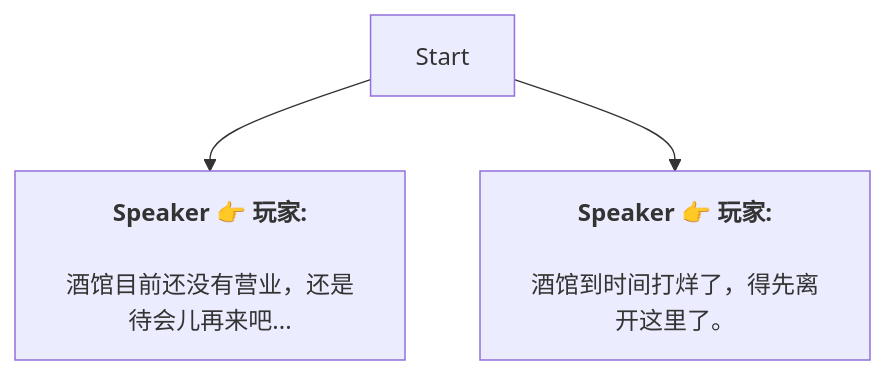
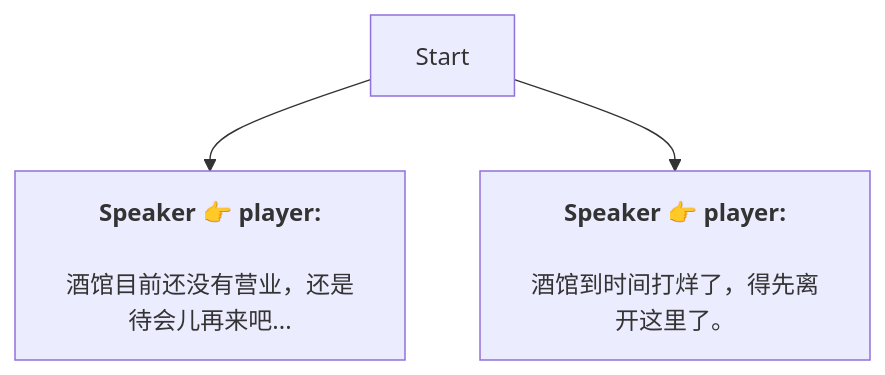
One commit to SoftHu/tos_avg changed the diagram in Zh/Bar.md. Above: the diagram before and after it, drawn with Mermaid. The commit also changed 737 other files, not shown here.

````diff
--- a/Zh/Bar.md
+++ b/Zh/Bar.md
@@ -1,10 +1,8 @@
 ```mermaid
 graph
-Start -->1760023005773387[<b>Speaker 👉 玩家:</b>
+Start -->1760023005773387[<b>Speaker 👉 player:</b>
+\n酒馆目前还没有营业，还是待会儿再来吧...]
+Start -->1760023269891661[<b>Speaker 👉 player:</b>
+\n酒馆到时间打烊了，得先离开这里了。]
 
-酒馆目前还没有营业，还是待会儿再来吧...]
-Start -->1760023269891661[<b>Speaker 👉 玩家:</b>
-
-酒馆到时间打烊了，得先离开这里了。]
-
- ```
+```
````
